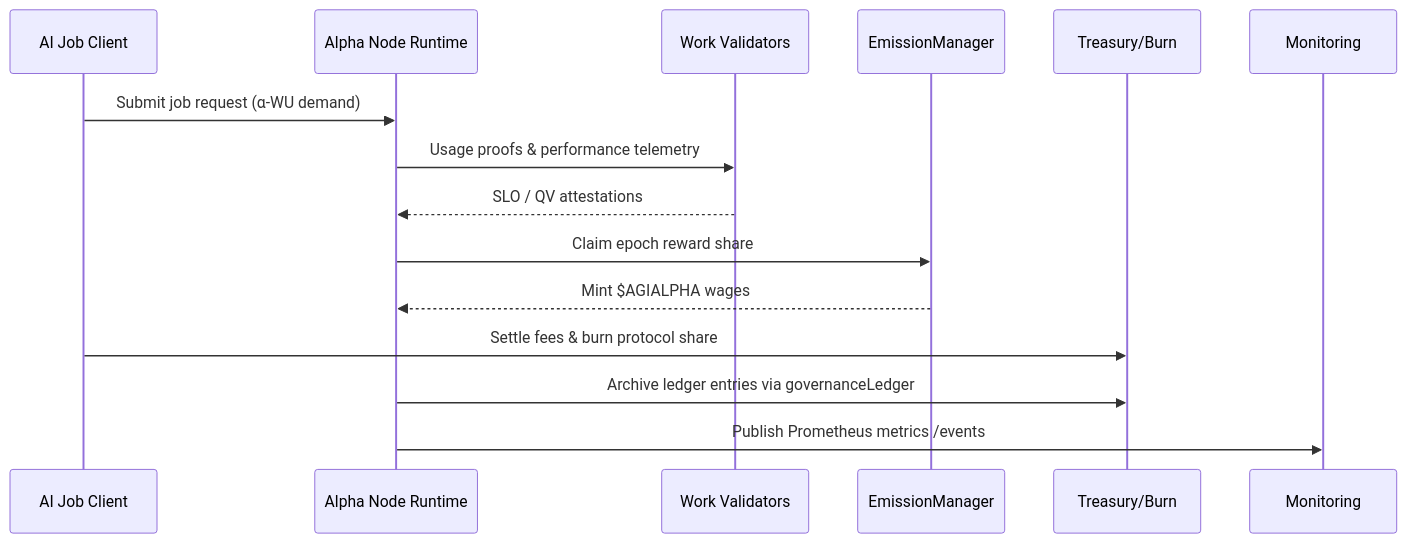
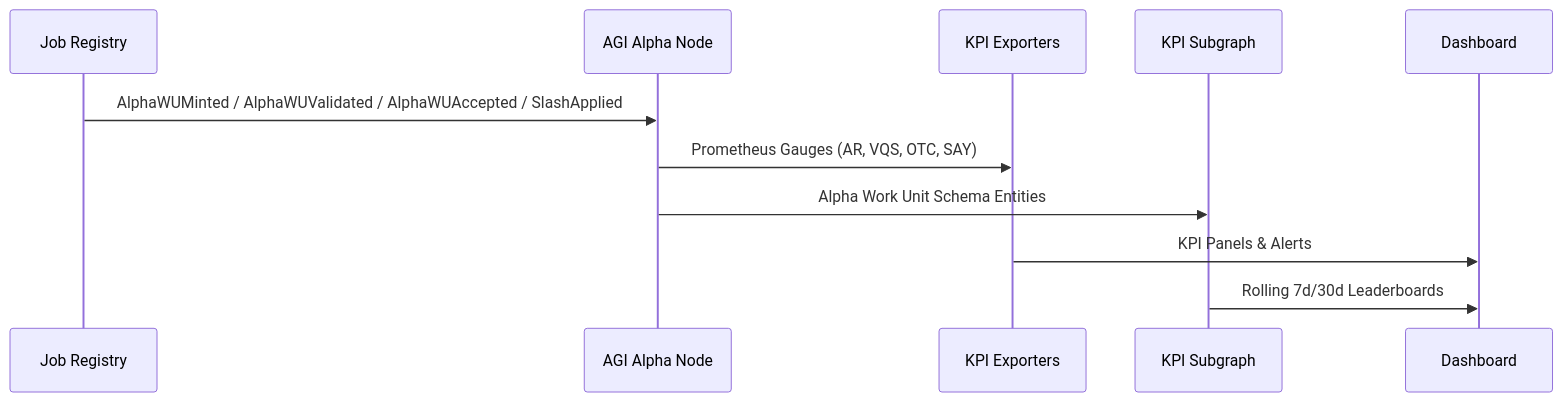
The second of 2 diagrams in README.md (MontrealAI/AGI-Alpha-Node-v0), drawn with Mermaid before and after one commit. The commit also changed other lines of this file and 15 other files, not shown here.

Commit message:
Expose alpha work unit KPI breakdown telemetry

````diff
--- a/README.md
+++ b/README.md
@@ -158,17 +112,12 @@
 ```mermaid
 sequenceDiagram
-  participant Client as AI Job Client
-  participant Node as Alpha Node Runtime
-  participant Validators as Work Validators
-  participant Emission as EmissionManager
-  participant Treasury as Treasury/Burn
-
-  Client->>Node: Submit job request (α-WU demand)
-  Node->>Validators: Usage proofs & performance telemetry
-  Validators-->>Node: SLO / QV attestations
-  Node->>Emission: Claim epoch reward share
-  Emission-->>Node: Mint $AGIALPHA wages
-  Client->>Treasury: Settle fees & burn protocol share
-  Node->>Treasury: Archive ledger entries via governanceLedger
-  Node->>Monitoring: Publish Prometheus metrics /events
+  participant Registry as Job Registry
+  participant Node as AGI Alpha Node
+  participant Telemetry as KPI Exporters
+  participant Subgraph as KPI Subgraph
+  Registry->>Node: AlphaWUMinted / AlphaWUValidated / AlphaWUAccepted / SlashApplied
+  Node->>Telemetry: Prometheus Gauges (AR, VQS, OTC, SAY)
+  Node->>Subgraph: Alpha Work Unit Schema Entities
+  Telemetry->>Dashboard: KPI Panels & Alerts
+  Subgraph->>Dashboard: Rolling 7d/30d Leaderboards
 ```
````
